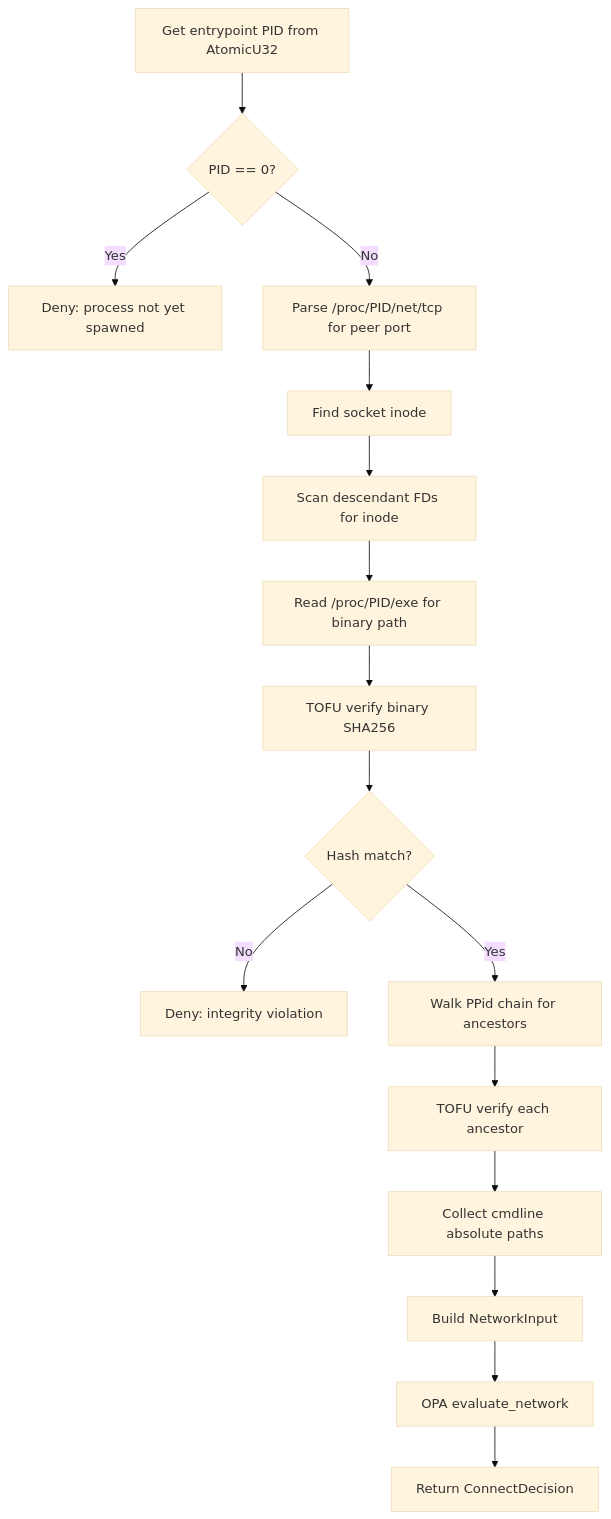
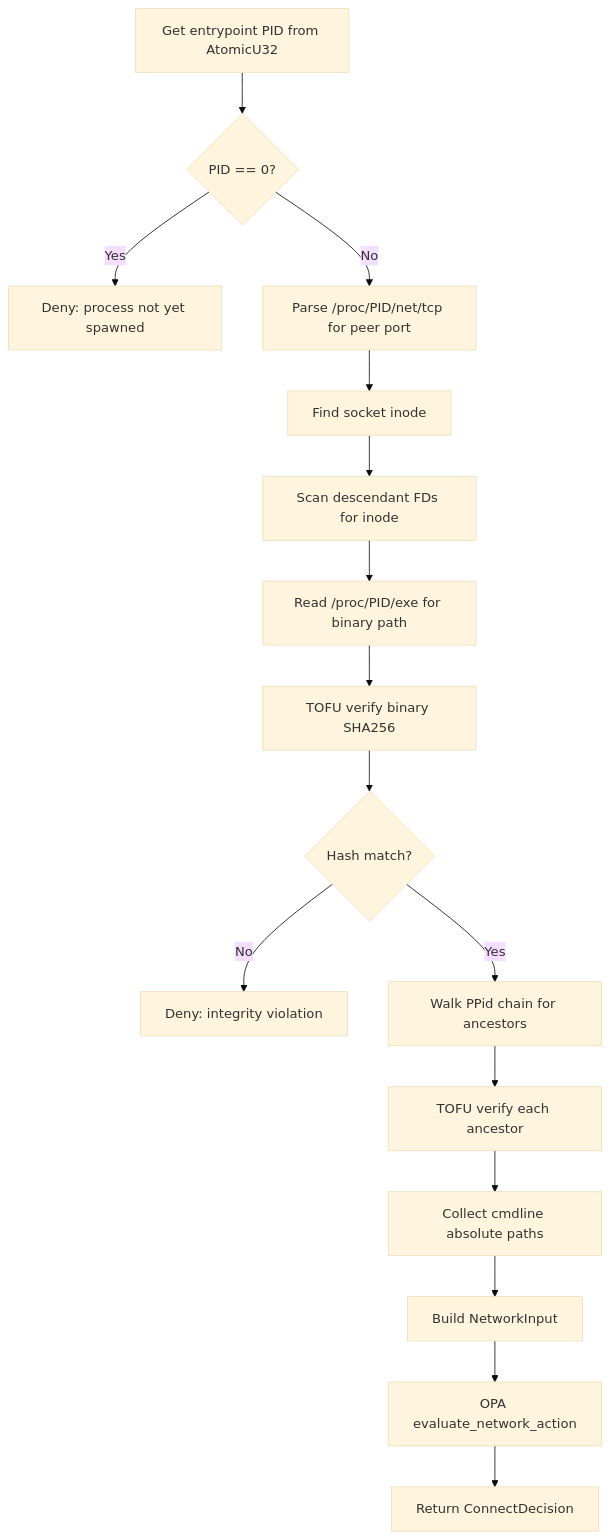
One commit to NVIDIA/OpenShell changed the fourth of 6 diagrams in architecture/sandbox.md. Above: the diagram before and after it, drawn with Mermaid (base theme). The commit also changed other lines of this file and 44 other files, not shown here.

````diff
--- a/architecture/sandbox.md
+++ b/architecture/sandbox.md
@@ -417,18 +484,18 @@
 ```mermaid
 flowchart TD
     A[Get entrypoint PID from AtomicU32] --> B{PID == 0?}
     B -- Yes --> C[Deny: process not yet spawned]
     B -- No --> D[Parse /proc/PID/net/tcp for peer port]
     D --> E[Find socket inode]
     E --> F[Scan descendant FDs for inode]
     F --> G[Read /proc/PID/exe for binary path]
     G --> H[TOFU verify binary SHA256]
     H --> I{Hash match?}
     I -- No --> J[Deny: integrity violation]
     I -- Yes --> K[Walk PPid chain for ancestors]
     K --> L[TOFU verify each ancestor]
     L --> M[Collect cmdline absolute paths]
     M --> N[Build NetworkInput]
-    N --> O[OPA evaluate_network]
+    N --> O[OPA evaluate_network_action]
     O --> P[Return ConnectDecision]
 ```
````
